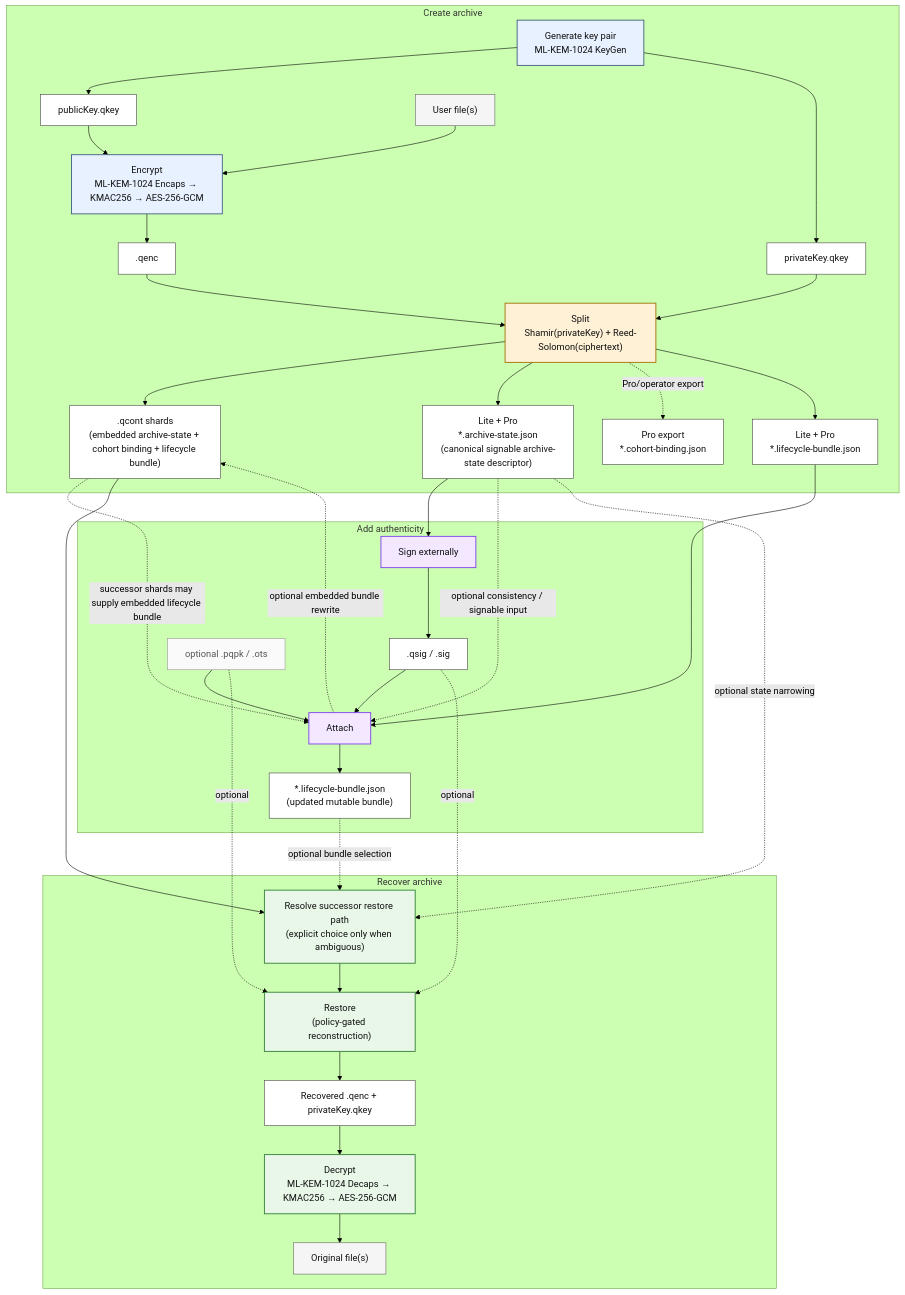
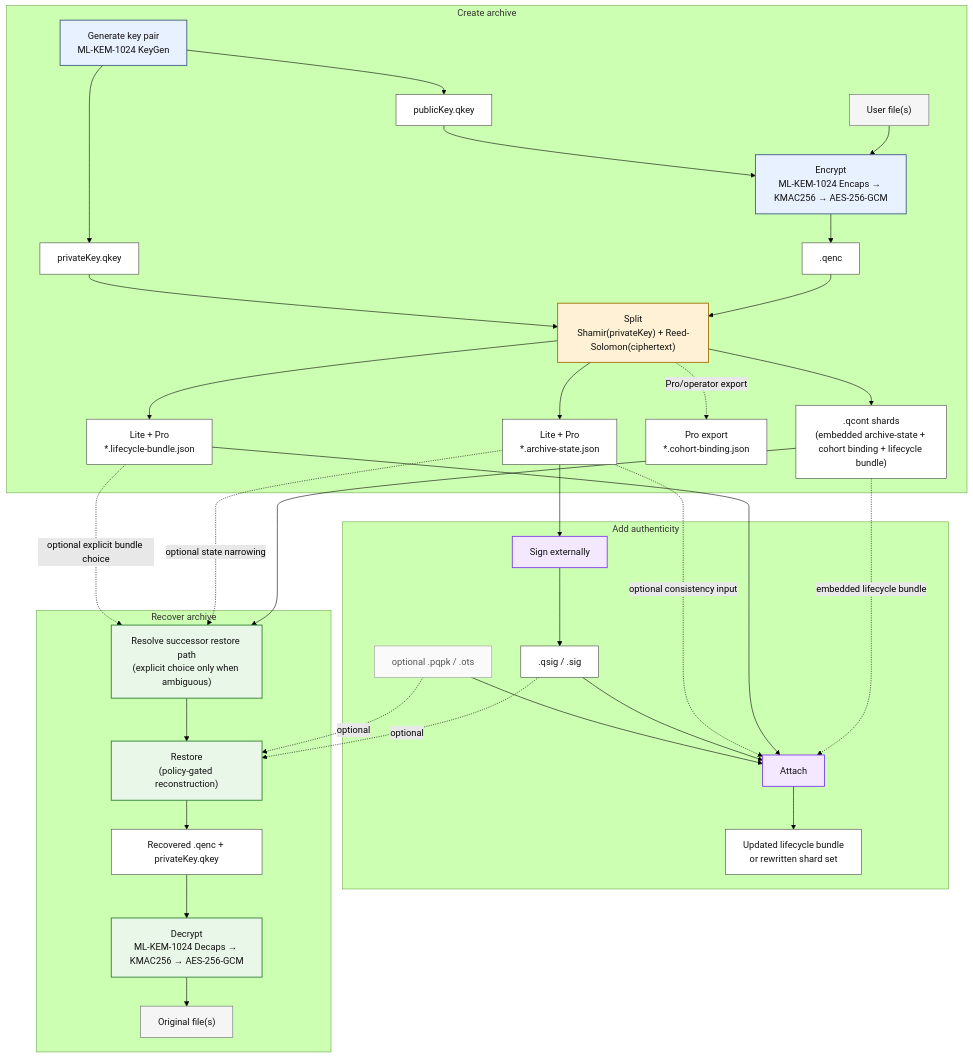
Before and after one commit to CyberKiska/quantum-vault: the diagram in README.md, drawn with Mermaid (forest theme). The commit also changed other lines of this file and 10 other files, not shown here.

````diff
--- a/README.md
+++ b/README.md
@@ -80,72 +85,71 @@
 ```mermaid
 flowchart TB
     subgraph CREATE["Create archive"]
         G["Generate key pair<br/>ML-KEM-1024 KeyGen"]:::crypto
         PK["publicKey.qkey"]:::artifact
         SK["privateKey.qkey"]:::artifact
         U["User file(s)"]:::input
         E["Encrypt<br/>ML-KEM-1024 Encaps → KMAC256 → AES-256-GCM"]:::crypto
         Q[".qenc"]:::artifact
         S["Split<br/>Shamir(privateKey) + Reed-Solomon(ciphertext)"]:::split
         QC[".qcont shards<br/>(embedded archive-state + cohort binding + lifecycle bundle)"]:::artifact
-        AS["Lite + Pro<br/>*.archive-state.json<br/>(canonical signable archive-state descriptor)"]:::artifact
+        AS["Lite + Pro<br/>*.archive-state.json"]:::artifact
         CB["Pro export<br/>*.cohort-binding.json"]:::artifact
         LB["Lite + Pro<br/>*.lifecycle-bundle.json"]:::artifact
 
         G --> PK
         G --> SK
         U --> E
         PK --> E
         E --> Q
         Q --> S
         SK --> S
         S --> QC
         S --> AS
         S -. Pro/operator export .-> CB
         S --> LB
     end
 
     subgraph AUTH["Add authenticity"]
         SG["Sign externally"]:::auth
         SIG[".qsig / .sig"]:::artifact
         OPT["optional .pqpk / .ots"]:::optional
         AT["Attach"]:::auth
-        EM["*.lifecycle-bundle.json<br/>(updated mutable bundle)"]:::artifact
+        EM["Updated lifecycle bundle<br/>or rewritten shard set"]:::artifact
 
         AS --> SG
         SG --> SIG
-        QC -. successor shards may supply embedded lifecycle bundle .-> AT
+        QC -. embedded lifecycle bundle .-> AT
         LB --> AT
-        AS -. optional consistency / signable input .-> AT
+        AS -. optional consistency input .-> AT
         SIG --> AT
         OPT --> AT
         AT --> EM
-        AT -. optional embedded bundle rewrite .-> QC
     end
 
     subgraph RECOVER["Recover archive"]
         SEL["Resolve successor restore path<br/>(explicit choice only when ambiguous)"]:::restore
         R["Restore<br/>(policy-gated reconstruction)"]:::restore
         OUT["Recovered .qenc + privateKey.qkey"]:::artifact
         D["Decrypt<br/>ML-KEM-1024 Decaps → KMAC256 → AES-256-GCM"]:::restore
         F["Original file(s)"]:::input
 
         QC --> SEL
         AS -. optional state narrowing .-> SEL
-        EM -. optional bundle selection .-> SEL
+        LB -. optional explicit bundle choice .-> SEL
         SEL --> R
         SIG -. optional .-> R
         OPT -. optional .-> R
         R --> OUT
         OUT --> D
         D --> F
     end
 
     classDef input fill:#f5f5f5,stroke:#666,stroke-width:1px,color:#111;
     classDef crypto fill:#e8f1ff,stroke:#3d5a80,stroke-width:1.5px,color:#111;
     classDef split fill:#fff1d6,stroke:#a06b00,stroke-width:1.5px,color:#111;
     classDef auth fill:#f3e8ff,stroke:#7c3aed,stroke-width:1.5px,color:#111;
     classDef restore fill:#e8f7e8,stroke:#2e7d32,stroke-width:1.5px,color:#111;
     classDef artifact fill:#ffffff,stroke:#444,stroke-width:1px,color:#111;
     classDef optional fill:#fafafa,stroke:#999,stroke-width:1px,color:#555;
 ```
````
